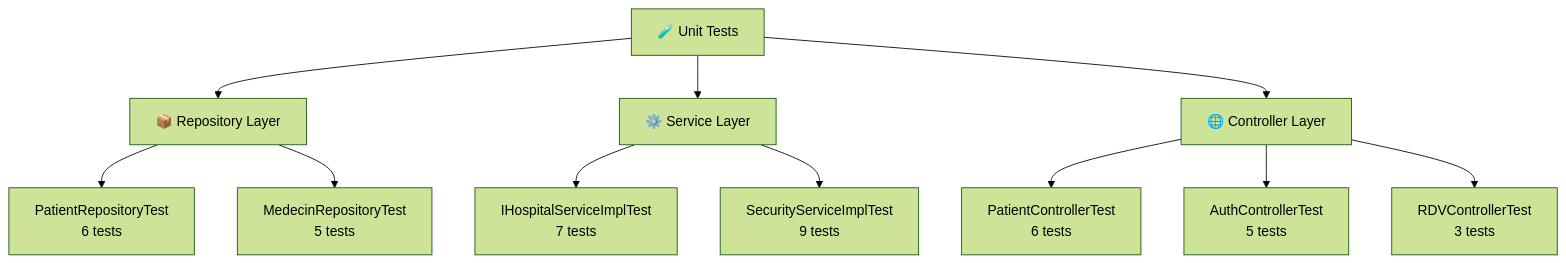
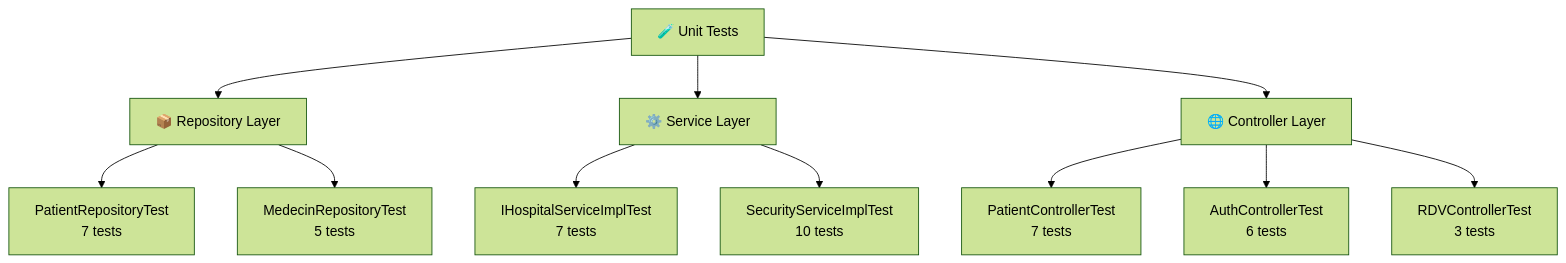
One commit to ahmad-bensalah/Dar-Ettabib changed the diagram in walkthrough.md. Above: the diagram before and after it, drawn with Mermaid (forest theme). The commit also changed other lines of this file, not shown here.

````diff
--- a/walkthrough.md
+++ b/walkthrough.md
@@ -11,16 +11,16 @@
 ```mermaid
 graph TD
     A["🧪 Unit Tests"] --> B["📦 Repository Layer"]
     A --> C["⚙️ Service Layer"]
     A --> D["🌐 Controller Layer"]
 
-    B --> B1["PatientRepositoryTest<br/>6 tests"]
+    B --> B1["PatientRepositoryTest<br/>7 tests"]
     B --> B2["MedecinRepositoryTest<br/>5 tests"]
 
     C --> C1["IHospitalServiceImplTest<br/>7 tests"]
-    C --> C2["SecurityServiceImplTest<br/>9 tests"]
+    C --> C2["SecurityServiceImplTest<br/>10 tests"]
 
-    D --> D1["PatientControllerTest<br/>6 tests"]
-    D --> D2["AuthControllerTest<br/>5 tests"]
+    D --> D1["PatientControllerTest<br/>7 tests"]
+    D --> D2["AuthControllerTest<br/>6 tests"]
     D --> D3["RDVControllerTest<br/>3 tests"]
 ```
````
